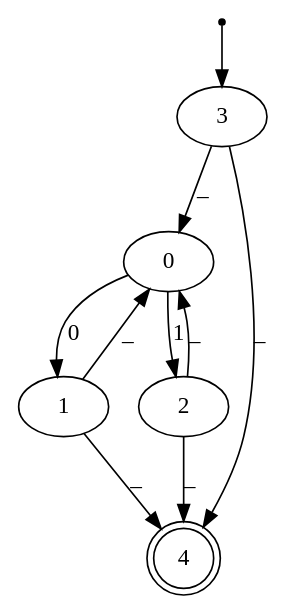
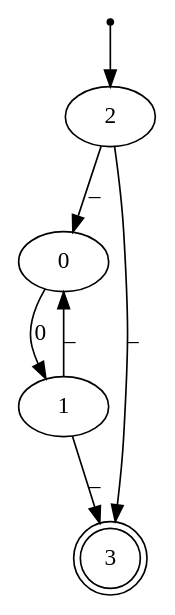
The diagram in output.dot (ValenButtignol/project-automata), drawn with Graphviz before and after one commit. The commit also changed 20 other files, not shown here.

```diff
--- a/output.dot
+++ b/output.dot
@@ -1,13 +1,10 @@
 digraph{
 inic[shape=point];
-inic->3;
+inic->2;
 0->1[label="0"];
-0->2[label="1"];
-3->0[label="_"];
-3->4[label="_"];
+2->0[label="_"];
+2->3[label="_"];
 1->0[label="_"];
-1->4[label="_"];
-2->0[label="_"];
-2->4[label="_"];
-4[shape=doublecircle];
+1->3[label="_"];
+3[shape=doublecircle];
 }
```
